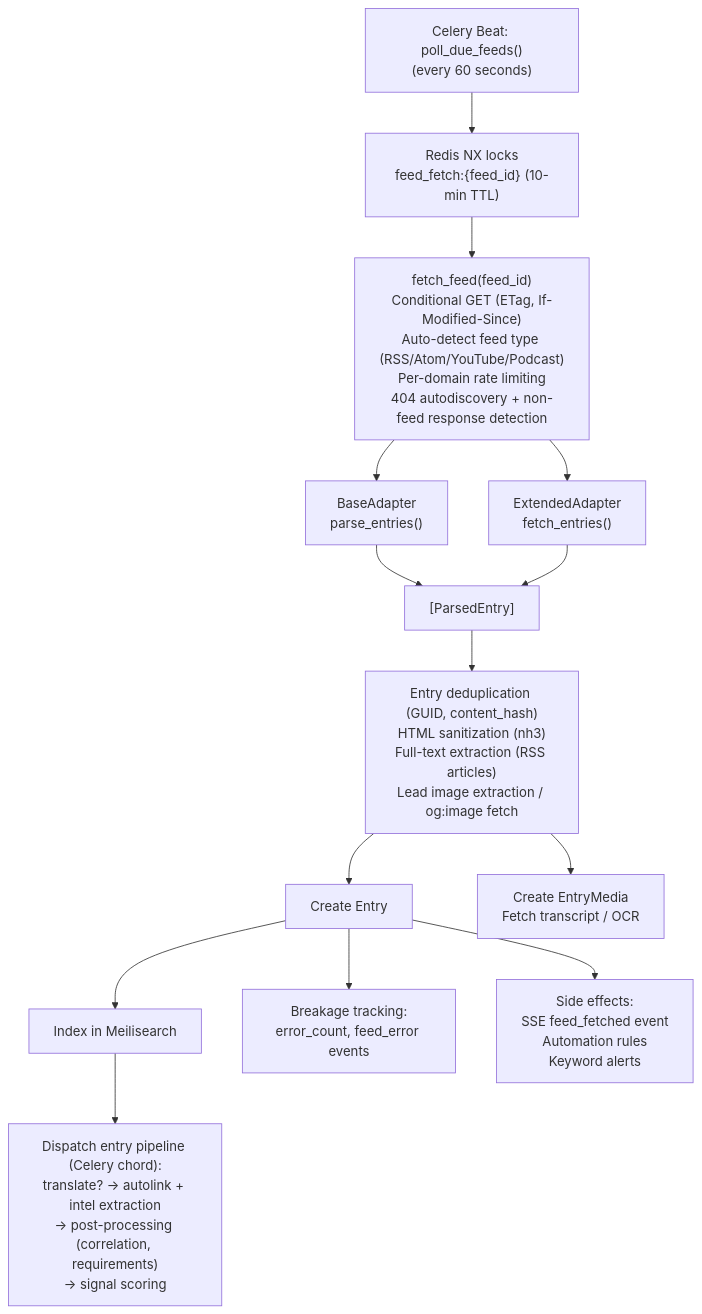
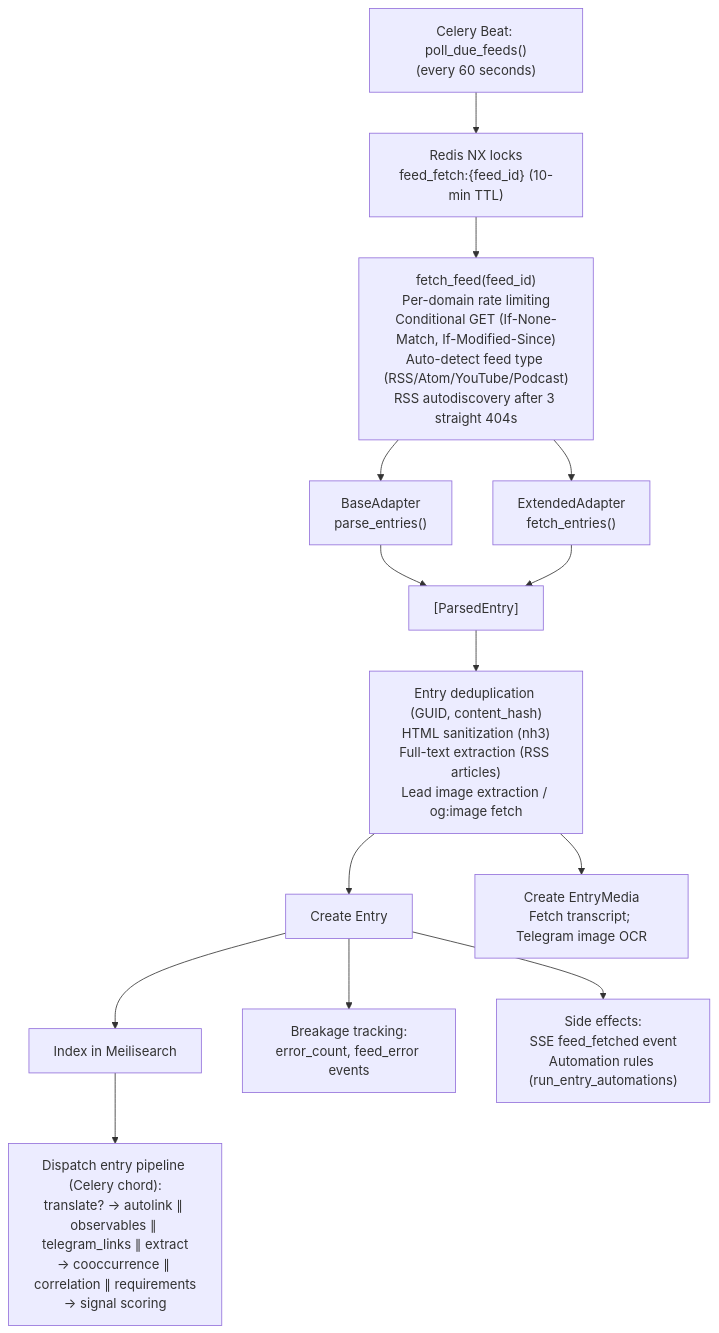
One commit to a-oneil/IntelFeed changed the diagram in docs/diagrams/adapters-ingest-pipeline.md. Above: the diagram before and after it, drawn with Mermaid. The commit also changed other lines of this file and 101 other files, not shown here.

````diff
--- a/docs/diagrams/adapters-ingest-pipeline.md
+++ b/docs/diagrams/adapters-ingest-pipeline.md
@@ -3,16 +5,16 @@
 ```mermaid
 flowchart TD
     beat["Celery Beat: poll_due_feeds()<br/>(every 60 seconds)"] --> lock["Redis NX locks<br/>feed_fetch:{feed_id} (10-min TTL)"]
-    lock --> fetch["fetch_feed(feed_id)<br/>Conditional GET (ETag, If-Modified-Since)<br/>Auto-detect feed type (RSS/Atom/YouTube/Podcast)<br/>Per-domain rate limiting<br/>404 autodiscovery + non-feed response detection"]
+    lock --> fetch["fetch_feed(feed_id)<br/>Per-domain rate limiting<br/>Conditional GET (If-None-Match, If-Modified-Since)<br/>Auto-detect feed type (RSS/Atom/YouTube/Podcast)<br/>RSS autodiscovery after 3 straight 404s"]
     fetch --> base["BaseAdapter<br/>parse_entries()"]
     fetch --> ext["ExtendedAdapter<br/>fetch_entries()"]
     base --> parsed["[ParsedEntry]"]
     ext --> parsed
     parsed --> dedup["Entry deduplication (GUID, content_hash)<br/>HTML sanitization (nh3)<br/>Full-text extraction (RSS articles)<br/>Lead image extraction / og:image fetch"]
     dedup --> entry["Create Entry"]
-    dedup --> media["Create EntryMedia<br/>Fetch transcript / OCR"]
+    dedup --> media["Create EntryMedia<br/>Fetch transcript; Telegram image OCR"]
     entry --> meili["Index in Meilisearch"]
     entry --> errev["Breakage tracking:<br/>error_count, feed_error events"]
-    meili --> pipeline["Dispatch entry pipeline (Celery chord):<br/>translate? → autolink + intel extraction<br/>→ post-processing (correlation, requirements)<br/>→ signal scoring"]
-    entry --> side["Side effects:<br/>SSE feed_fetched event<br/>Automation rules<br/>Keyword alerts"]
+    meili --> pipeline["Dispatch entry pipeline (Celery chord):<br/>translate? → autolink ∥ observables ∥ telegram_links ∥ extract<br/>→ cooccurrence ∥ correlation ∥ requirements<br/>→ signal scoring"]
+    entry --> side["Side effects:<br/>SSE feed_fetched event<br/>Automation rules (run_entry_automations)"]
 ```
````
